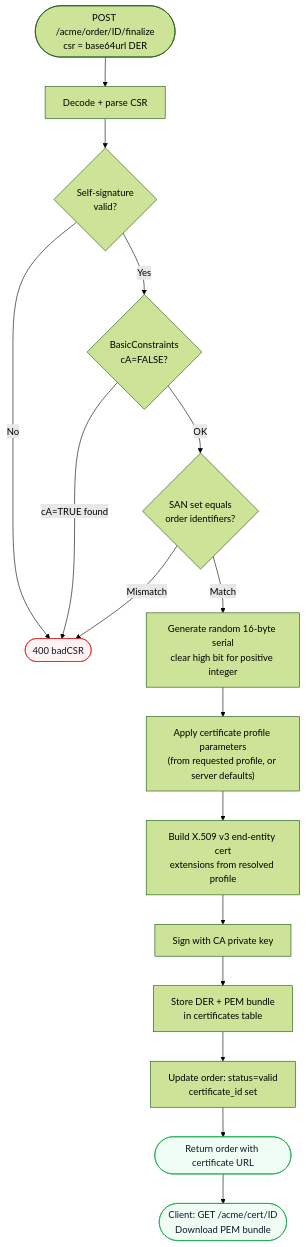
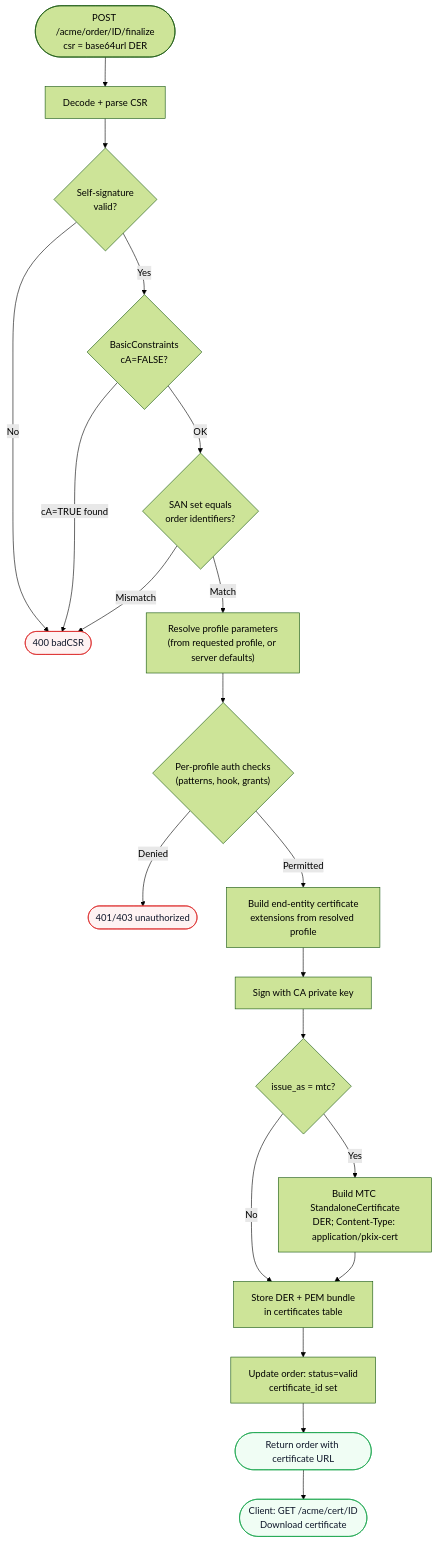
Before and after one commit to czinda/akamu: the first of 2 diagrams in docs/src/user/certificates.md, drawn with Mermaid (forest theme). The commit also changed other lines of this file and 2 other files, not shown here.

Commit message:
docs(mtc): document issue_as = "mtc" profile option and MTC certificate download
Add user and developer documentation for the new issue_as = "mtc" builtin
profile field that causes the finalize handler to issue a Merkle Tree
Certificate StandaloneCertificate instead of a standard X.509 PEM chain.

User docs:
- user/mtc.md: new section "Issuing MTC certificates directly from a
  profile" with a full TOML example and the four-step finalize flow.
- user/certificates.md: update the issuance flowchart to show the MTC
  branch; document both Content-Type variants in the download section.

Developer docs:
- developer/mtc.md: describe the two standalone cert construction paths
  (checkpoint-driven background vs. profile-driven synchronous), including
  the sentinel PEM marker used to detect MTC certs in the download handler.

````diff
--- a/docs/src/user/certificates.md
+++ b/docs/src/user/certificates.md
@@ -9,23 +9,27 @@
 ```mermaid
 flowchart TD
     A(["POST /acme/order/ID/finalize<br/>csr = base64url DER"]) --> B[Decode + parse CSR]
     B --> C{"Self-signature<br/>valid?"}
     C -->|No| FAIL([400 badCSR])
     C -->|Yes| D{"BasicConstraints<br/>cA=FALSE?"}
     D -->|cA=TRUE found| FAIL
     D -->|OK| E{"SAN set equals<br/>order identifiers?"}
     E -->|Mismatch| FAIL
-    E -->|Match| F["Generate random 16-byte serial<br/>clear high bit for positive integer"]
-    F --> P["Apply certificate profile parameters<br/>(from requested profile, or server defaults)"]
-    P --> G["Build X.509 v3 end-entity cert<br/>extensions from resolved profile"]
+    E -->|Match| F["Resolve profile parameters<br/>(from requested profile, or server defaults)"]
+    F --> AUTH{"Per-profile auth checks<br/>(patterns, hook, grants)"}
+    AUTH -->|Denied| UNAUTH([401/403 unauthorized])
+    AUTH -->|Permitted| G["Build end-entity certificate<br/>extensions from resolved profile"]
     G --> H[Sign with CA private key]
-    H --> I["Store DER + PEM bundle<br/>in certificates table"]
+    H --> MTC{"issue_as = mtc?"}
+    MTC -->|Yes| MTCB["Build MTC StandaloneCertificate<br/>DER; Content-Type: application/pkix-cert"]
+    MTC -->|No| I["Store DER + PEM bundle<br/>in certificates table"]
+    MTCB --> I
     I --> J["Update order: status=valid<br/>certificate_id set"]
     J --> K([Return order with certificate URL])
-    K --> L(["Client: GET /acme/cert/ID<br/>Download PEM bundle"])
+    K --> L(["Client: GET /acme/cert/ID<br/>Download certificate"])
 
     classDef ok   fill:#f0fdf4,stroke:#16a34a,color:#0f172a
     classDef fail fill:#fef2f2,stroke:#dc2626,color:#0f172a
     class K,L ok
-    class FAIL fail
+    class FAIL,UNAUTH fail
 ```
````
